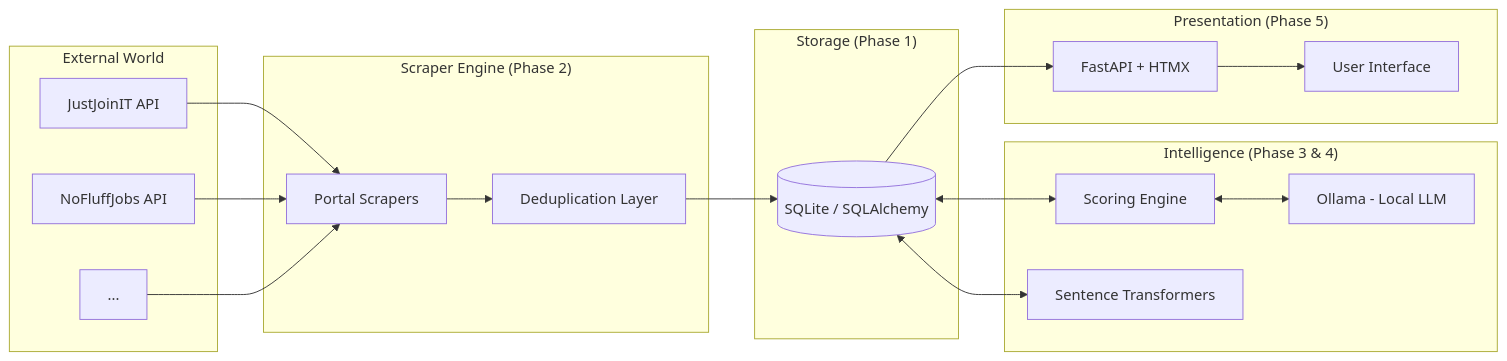
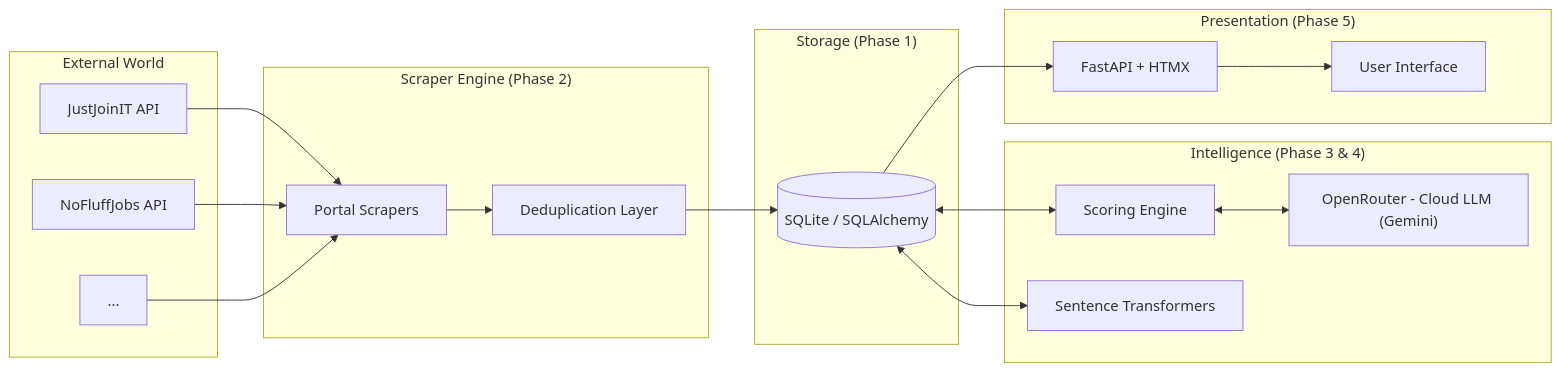
The first of 4 diagrams in docs/project-plan.md (Havac25/career-scout-ai), drawn with Mermaid before and after one commit. The commit also changed other lines of this file and 13 other files, not shown here.

````diff
--- a/docs/project-plan.md
+++ b/docs/project-plan.md
@@ -60,37 +60,37 @@
 ```mermaid
 graph LR
     subgraph "External World"
         P1[JustJoinIT API]
         P2[NoFluffJobs API]
         P3[...]
     end
 
     subgraph "Scraper Engine (Phase 2)"
         SC[Portal Scrapers]
         DD[Deduplication Layer]
     end
 
     subgraph "Storage (Phase 1)"
         DB[(SQLite / SQLAlchemy)]
     end
 
     subgraph "Intelligence (Phase 3 & 4)"
         SE[Scoring Engine]
-        OL[Ollama - Local LLM]
+        OR["OpenRouter - Cloud LLM (Gemini)"]
         EM[Sentence Transformers]
     end
 
     subgraph "Presentation (Phase 5)"
         WEB[FastAPI + HTMX]
         UI[User Interface]
     end
 
     P1 & P2 & P3 --> SC
     SC --> DD
     DD --> DB
     DB <--> SE
-    SE <--> OL
+    SE <--> OR
     DB <--> EM
     DB --> WEB
     WEB --> UI
 ```
````
